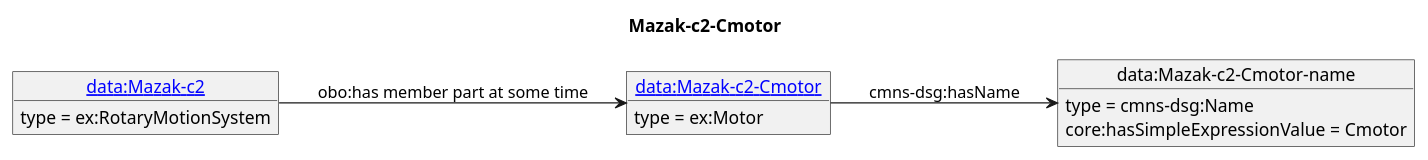
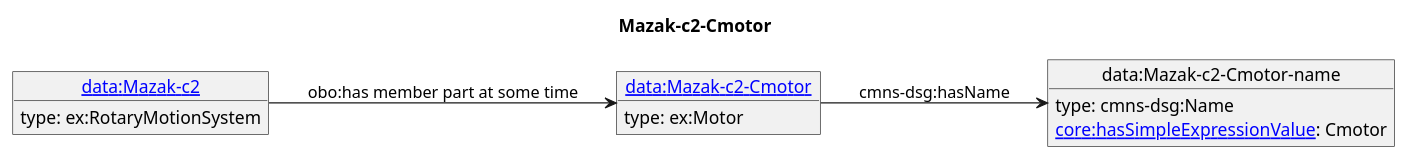
Before and after one commit to iofoundry/example-syseng-mtconnect: the diagram in diagrams/Mazak-c2-Cmotor.puml, drawn with PlantUML. The commit also changed 143 other files, not shown here.

Commit message:
Added links for core ontology

```diff
--- a/diagrams/Mazak-c2-Cmotor.puml
+++ b/diagrams/Mazak-c2-Cmotor.puml
@@ -1,17 +1,17 @@
 @startuml
 skinparam linetype polyline
 left to right direction
 title Mazak-c2-Cmotor
 object "[[./Mazak-c2-Cmotor.html data:Mazak-c2-Cmotor]]" as o1 {
- type = ex:Motor
- }
+ type: ex:Motor 
+}
 object "data:Mazak-c2-Cmotor-name" as o2 {
- type = cmns-dsg:Name
- }
+ type: cmns-dsg:Name 
+}
 object "[[./Mazak-c2.html data:Mazak-c2]]" as o3 {
- type = ex:RotaryMotionSystem
- }
+ type: ex:RotaryMotionSystem 
+}
 o1 --> o2 : cmns-dsg:hasName
-o2 : core:hasSimpleExpressionValue = Cmotor
+o2 : [[https://spec.industrialontologies.org/ontology/core/Core/hasSimpleExpressionValue core:hasSimpleExpressionValue]]: Cmotor
 o3 --> o1 : obo:has member part at some time
 @enduml
```
